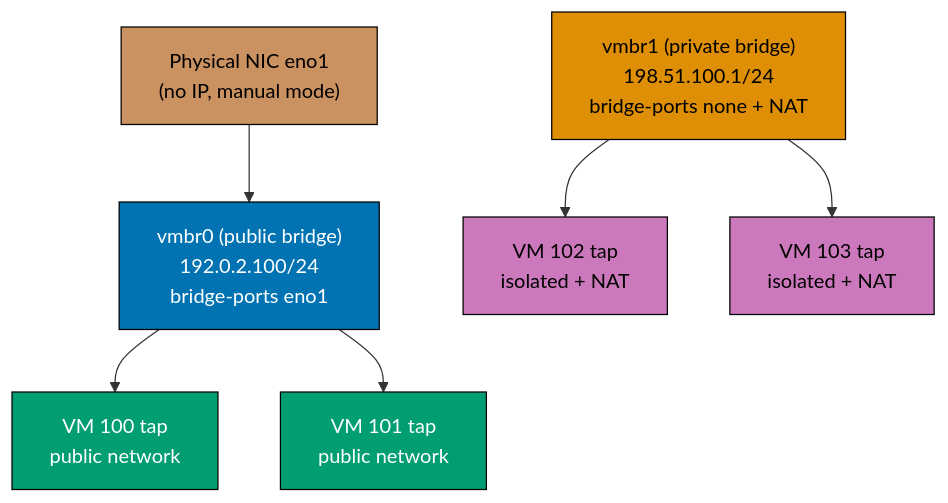
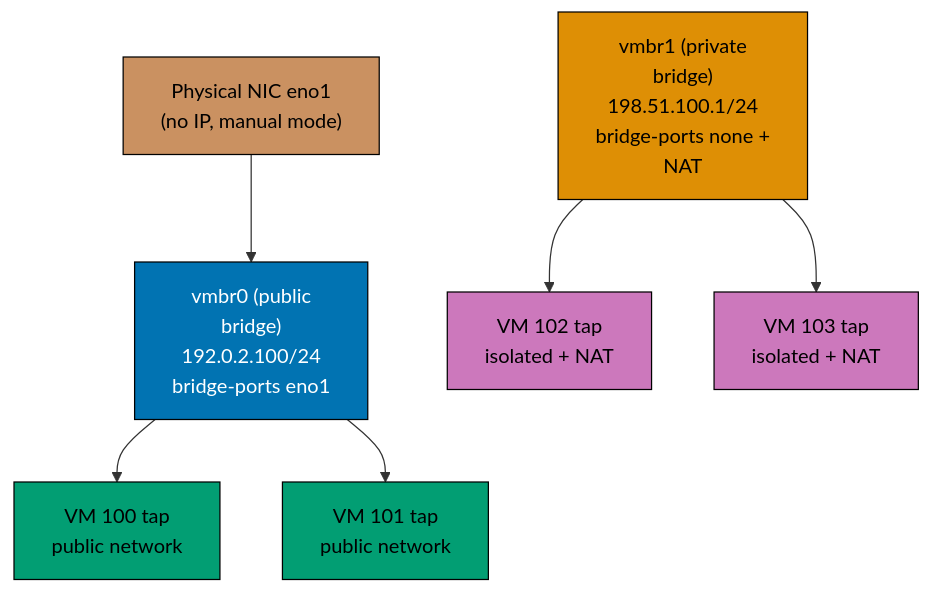
One commit to wahidyankf/ose-public changed the sixth of 9 diagrams in apps/ayokoding-www/content/en/learn/legacy/software-engineering/infrastructure/tools/proxmox/by-example/beginner.md. Above: the diagram before and after it, drawn with Mermaid. The commit also changed other lines of this file and 131 other files, not shown here.

First line of the commit message:
fix(mermaid): bring the legacy data, infrastructure, and testing diagrams onto the accessible palette

````diff
--- a/apps/ayokoding-www/content/en/learn/legacy/software-engineering/infrastructure/tools/proxmox/by-example/beginner.md
+++ b/apps/ayokoding-www/content/en/learn/legacy/software-engineering/infrastructure/tools/proxmox/by-example/beginner.md
@@ -932,17 +964,25 @@
 ```mermaid
 %% Color Palette: Blue #0173B2, Orange #DE8F05, Teal #029E73, Purple #CC78BC, Brown #CA9161
 graph TD
-    A["Physical NIC eno1<br/>(no IP, manual mode)"] --> B["vmbr0 (public bridge)<br/>192.0.2.100/24<br/>bridge-ports eno1"]
+    accTitle: Example 21: Configure Network Bridges
+    accDescr: Graph with 7 nodes and 5 connections. Nodes: Physical NIC eno1 (no IP, manual mode), vmbr0 (public bridge) 192.0.2.100/24 bridge-ports eno1, VM 100 tap public network, VM 101 tap public network, vmbr1 (private bridge) 198.51.100.1/24 bridge-ports none + NAT, VM 102 tap isolated + NAT, VM 103 tap isolated + NAT. Connections: Physical NIC eno1 (no IP, manual mode) to vmbr0 (public bridge) 192.0.2.100/24 bridge-ports eno1, vmbr0 (public bridge) 192.0.2.100/24 bridge-ports eno1 to VM 100 tap public network, vmbr0 (public bridge) 192.0.2.100/24 bridge-ports eno1 to VM 101 tap public network, vmbr1 (private bridge) 198.51.100.1/24 bridge-ports none + NAT to VM 102 tap isolated + NAT, vmbr1 (private bridge) 198.51.100.1/24 bridge-ports none + NAT to VM 103 tap isolated + NAT.
+    A["Physical NIC eno1<br/>(no IP, manual mode)"] --> B["vmbr0 (public<br/>bridge)<br/>192.0.2.100/24<br/>bridge-ports eno1"]
     B --> C["VM 100 tap<br/>public network"]
     B --> D["VM 101 tap<br/>public network"]
-    E["vmbr1 (private bridge)<br/>198.51.100.1/24<br/>bridge-ports none + NAT"] --> F["VM 102 tap<br/>isolated + NAT"]
+    E["vmbr1 (private<br/>bridge)<br/>198.51.100.1/24<br/>bridge-ports none +<br/>NAT"] --> F["VM 102 tap<br/>isolated + NAT"]
     E --> G["VM 103 tap<br/>isolated + NAT"]
 
-    style A fill:#CA9161,color:#000,stroke:#000
-    style B fill:#0173B2,color:#fff,stroke:#000
-    style C fill:#029E73,color:#fff,stroke:#000
-    style D fill:#029E73,color:#fff,stroke:#000
-    style E fill:#DE8F05,color:#000,stroke:#000
-    style F fill:#CC78BC,color:#000,stroke:#000
-    style G fill:#CC78BC,color:#000,stroke:#000
+    classDef pal-CA9161 fill:#CA9161,stroke:#000000,color:#000000
+    class A pal-CA9161
+    classDef pal-0173B2 fill:#0173B2,stroke:#000000,color:#FFFFFF
+    class B pal-0173B2
+    classDef pal-029E73 fill:#029E73,stroke:#000000,color:#000000
+    class C pal-029E73
+    class D pal-029E73
+    classDef pal-DE8F05 fill:#DE8F05,stroke:#000000,color:#000000
+    class E pal-DE8F05
+    classDef pal-CC78BC fill:#CC78BC,stroke:#000000,color:#000000
+    class F pal-CC78BC
+    class G pal-CC78BC
+    classDef default fill:#FFFFFF,stroke:#000000,color:#000000
 ```
````
